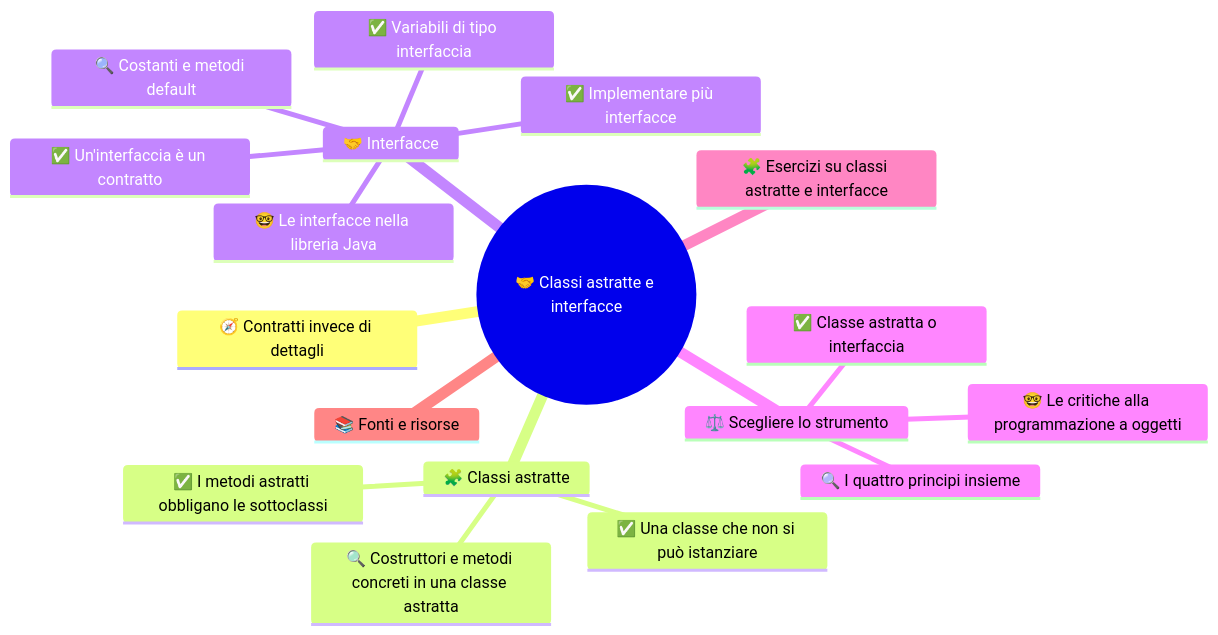
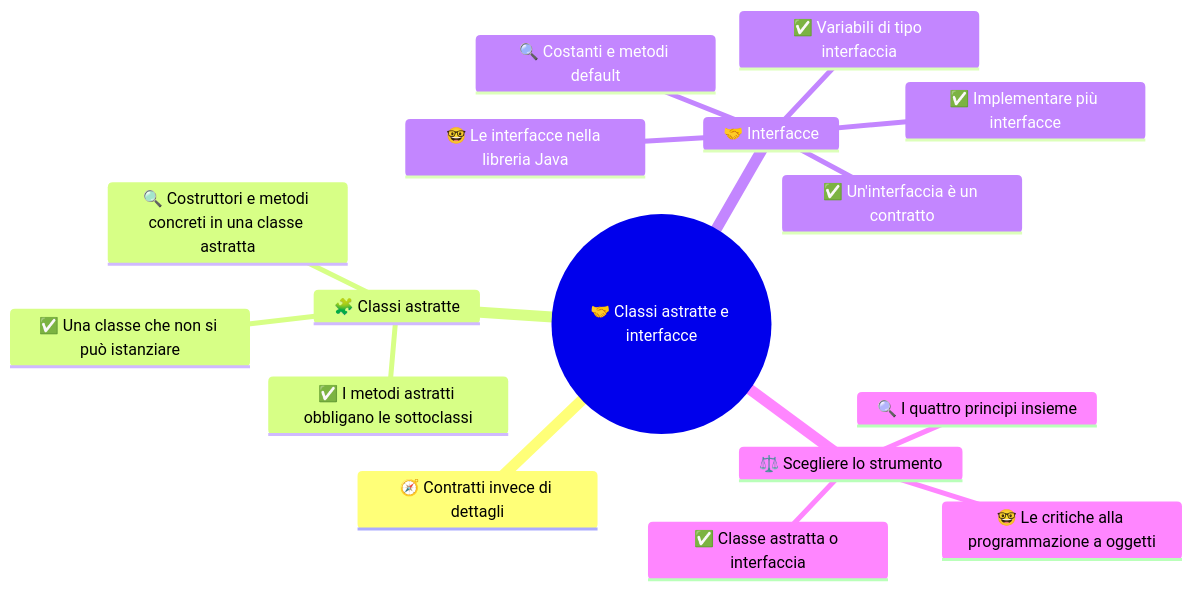
The diagram in 4CI - Informatica/1 SETT-OTT/Allegati/4ci-sett-ott-s6-classi-astratte-e-interfacce-mappa-1.mmd (Neeqstock/dispense-caramuel), drawn with Mermaid before and after one commit. The commit also changed 56 other files, not shown here.

```diff
--- a/4CI - Informatica/1 SETT-OTT/Allegati/4ci-sett-ott-s6-classi-astratte-e-interfacce-mappa-1.mmd
+++ b/4CI - Informatica/1 SETT-OTT/Allegati/4ci-sett-ott-s6-classi-astratte-e-interfacce-mappa-1.mmd
@@ -1,19 +1,17 @@
 mindmap
   root((🤝 Classi astratte e interfacce))
     🧭 Contratti invece di dettagli
     🧩 Classi astratte
       ✅ Una classe che non si può istanziare
       ✅ I metodi astratti obbligano le sottoclassi
       🔍 Costruttori e metodi concreti in una classe astratta
     🤝 Interfacce
       ✅ Un'interfaccia è un contratto
       ✅ Implementare più interfacce
       ✅ Variabili di tipo interfaccia
       🔍 Costanti e metodi default
       🤓 Le interfacce nella libreria Java
     ⚖️ Scegliere lo strumento
       ✅ Classe astratta o interfaccia
       🔍 I quattro principi insieme
       🤓 Le critiche alla programmazione a oggetti
-    🧩 Esercizi su classi astratte e interfacce
-    📚 Fonti e risorse
```
